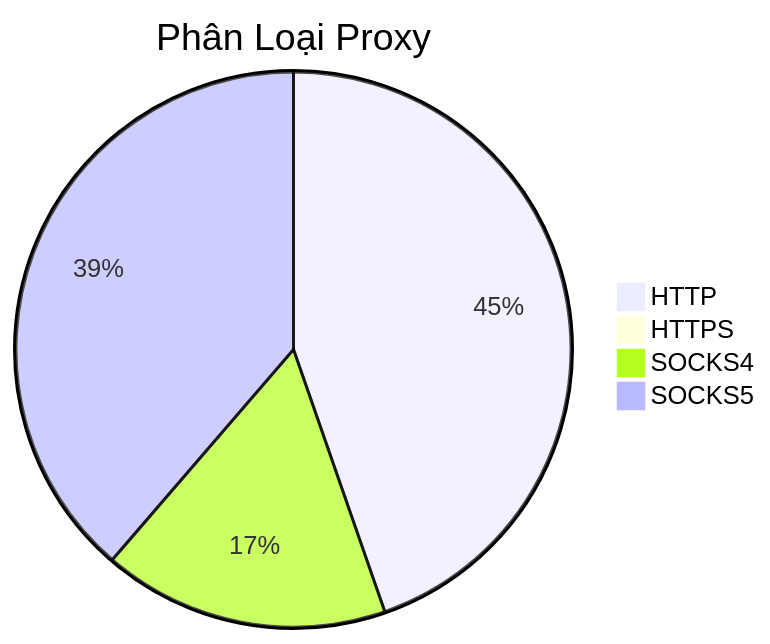
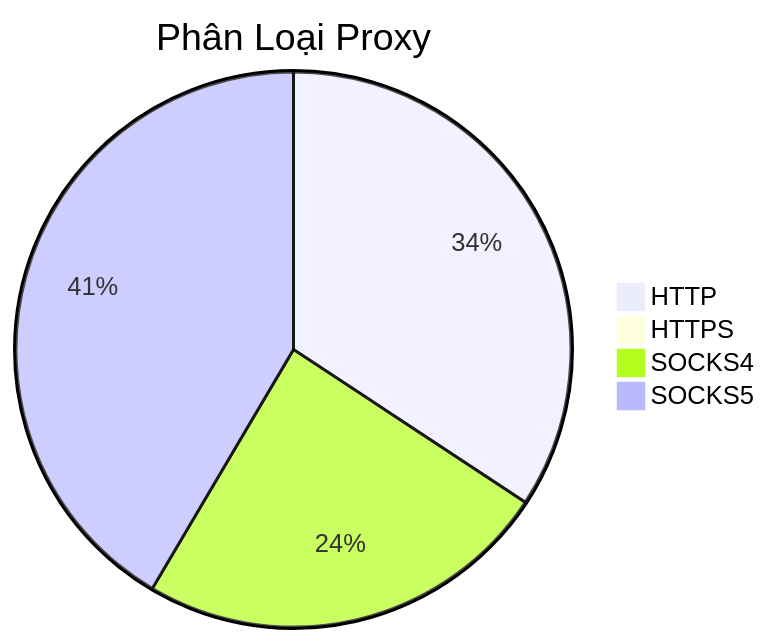
One commit to Ciara-12/PROXY-free changed the diagram in README.md. Above: the diagram before and after it, drawn with Mermaid. The commit also changed other lines of this file and 4 other files, not shown here.

````diff
--- a/README.md
+++ b/README.md
@@ -26,7 +26,7 @@
 ```mermaid
 pie title Phân Loại Proxy
-    "HTTP" : 1223
-    "HTTPS" : 0
-    "SOCKS4" : 456
-    "SOCKS5" : 1059
+    "HTTP" : 545
+    "HTTPS" : 1
+    "SOCKS4" : 385
+    "SOCKS5" : 660
 ```
````
